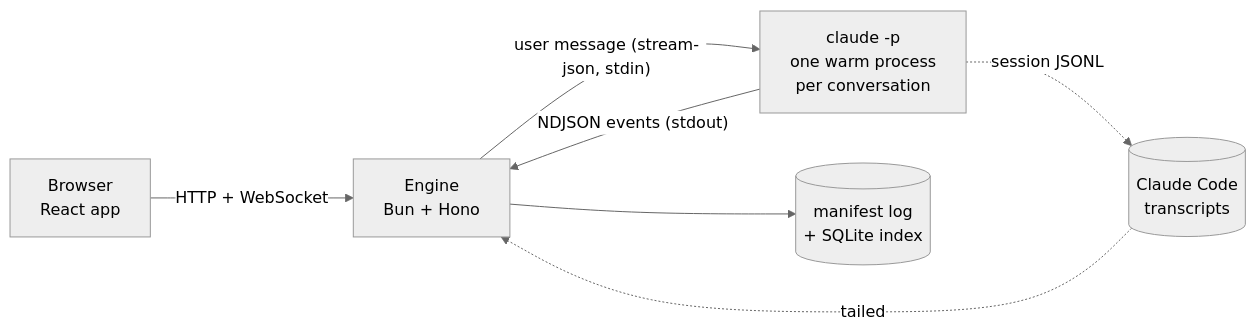
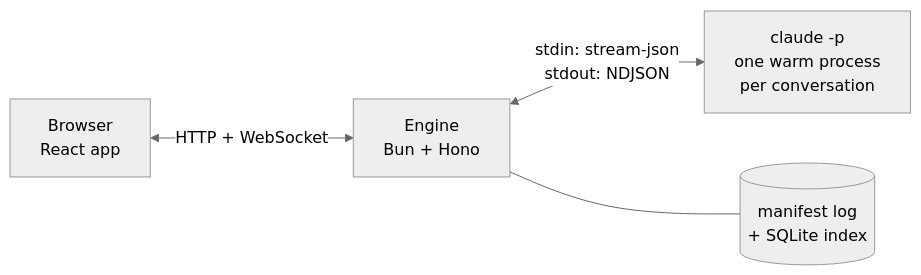
Before and after one commit to wolframs/clod-ui: the diagram in README.md, drawn with Mermaid (neutral theme). The commit also changed other lines of this file, not shown here.

Commit message:
README: simpler turn-flow diagram

````diff
--- a/README.md
+++ b/README.md
@@ -34,9 +34,6 @@
 ```mermaid
 flowchart LR
-  W["Browser<br/>React app"] -->|HTTP + WebSocket| E["Engine<br/>Bun + Hono"]
-  E -->|"user message (stream-json, stdin)"| C["claude -p<br/>one warm process<br/>per conversation"]
-  C -->|"NDJSON events (stdout)"| E
-  E --> M[("manifest log<br/>+ SQLite index")]
-  C -.->|session JSONL| T[("Claude Code<br/>transcripts")]
-  T -.->|tailed| E
+  W["Browser<br/>React app"] <-->|"HTTP + WebSocket"| E["Engine<br/>Bun + Hono"]
+  E <-->|"stdin: stream-json<br/>stdout: NDJSON"| C["claude -p<br/>one warm process<br/>per conversation"]
+  E --- M[("manifest log<br/>+ SQLite index")]
 ```
````
